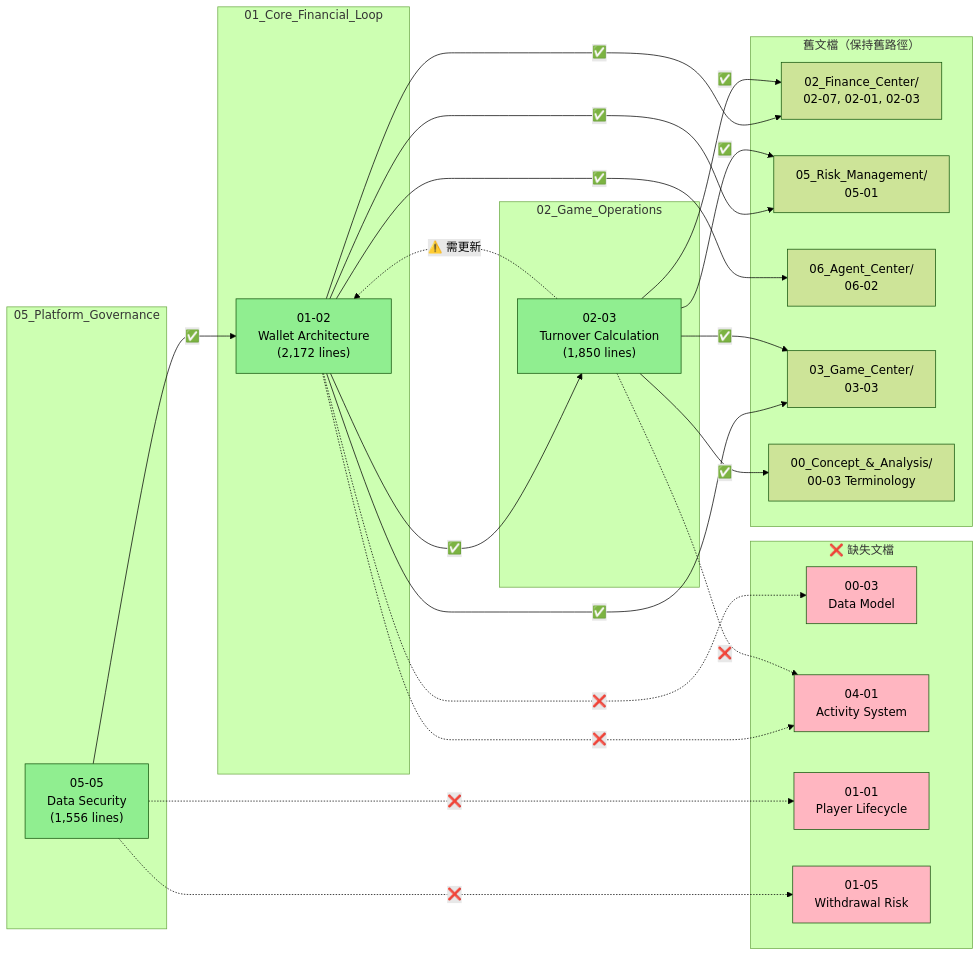
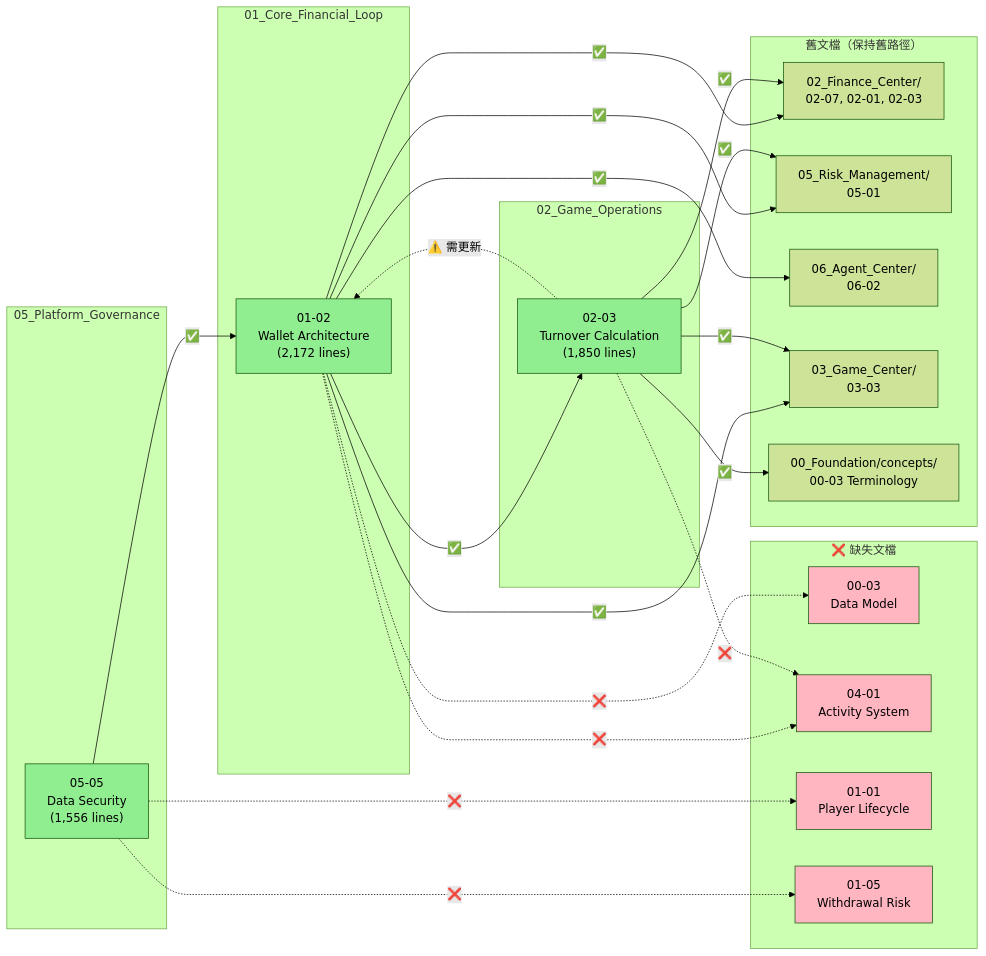
The diagram in docs/iGaming/SSOT_VALIDATION_REPORT.md (ron03wlb/smart-admin), drawn with Mermaid (forest theme) before and after one commit. The commit also changed other lines of this file and 275 other files, not shown here.

First line of the commit message:
docs(v4.1.0): sync all .claude/ .agent/ docs to 6-layer modular architecture

````diff
--- a/docs/iGaming/SSOT_VALIDATION_REPORT.md
+++ b/docs/iGaming/SSOT_VALIDATION_REPORT.md
@@ -147,57 +147,57 @@
 ```mermaid
 graph LR
     subgraph Core["01_Core_Financial_Loop"]
         W["01-02<br/>Wallet Architecture<br/>(2,172 lines)"]
     end
 
     subgraph Game["02_Game_Operations"]
         T["02-03<br/>Turnover Calculation<br/>(1,850 lines)"]
     end
 
     subgraph Governance["05_Platform_Governance"]
         S["05-05<br/>Data Security<br/>(1,556 lines)"]
     end
 
     subgraph Old["舊文檔（保持舊路徑）"]
         F1["02_Finance_Center/<br/>02-07, 02-01, 02-03"]
         F2["05_Risk_Management/<br/>05-01"]
         F3["06_Agent_Center/<br/>06-02"]
         F4["03_Game_Center/<br/>03-03"]
-        F5["00_Concept_&_Analysis/<br/>00-03 Terminology"]
+        F5["00_Foundation/concepts/<br/>00-03 Terminology"]
     end
 
     subgraph Missing["❌ 缺失文檔"]
         M1["00-03<br/>Data Model"]
         M2["04-01<br/>Activity System"]
         M3["01-01<br/>Player Lifecycle"]
         M4["01-05<br/>Withdrawal Risk"]
     end
 
     W -->|✅| T
     S -->|✅| W
     T -.->|⚠️ 需更新| W
 
     W -->|✅| F1
     W -->|✅| F2
     W -->|✅| F3
     W -->|✅| F4
 
     T -->|✅| F5
     T -->|✅| F2
     T -->|✅| F1
     T -->|✅| F4
 
     W -.->|❌| M1
     W -.->|❌| M2
     T -.->|❌| M2
     S -.->|❌| M3
     S -.->|❌| M4
 
     style W fill:#90EE90
     style T fill:#90EE90
     style S fill:#90EE90
     style M1 fill:#FFB6C1
     style M2 fill:#FFB6C1
     style M3 fill:#FFB6C1
     style M4 fill:#FFB6C1
 ```
````
